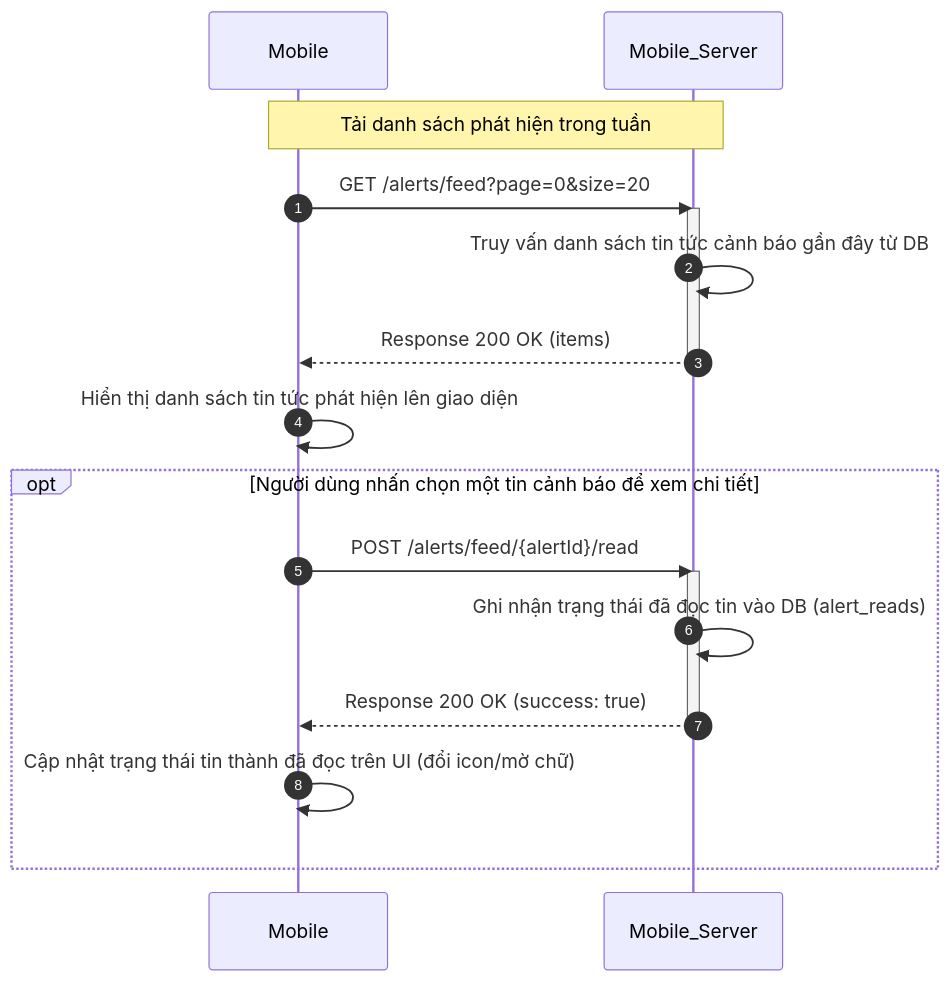
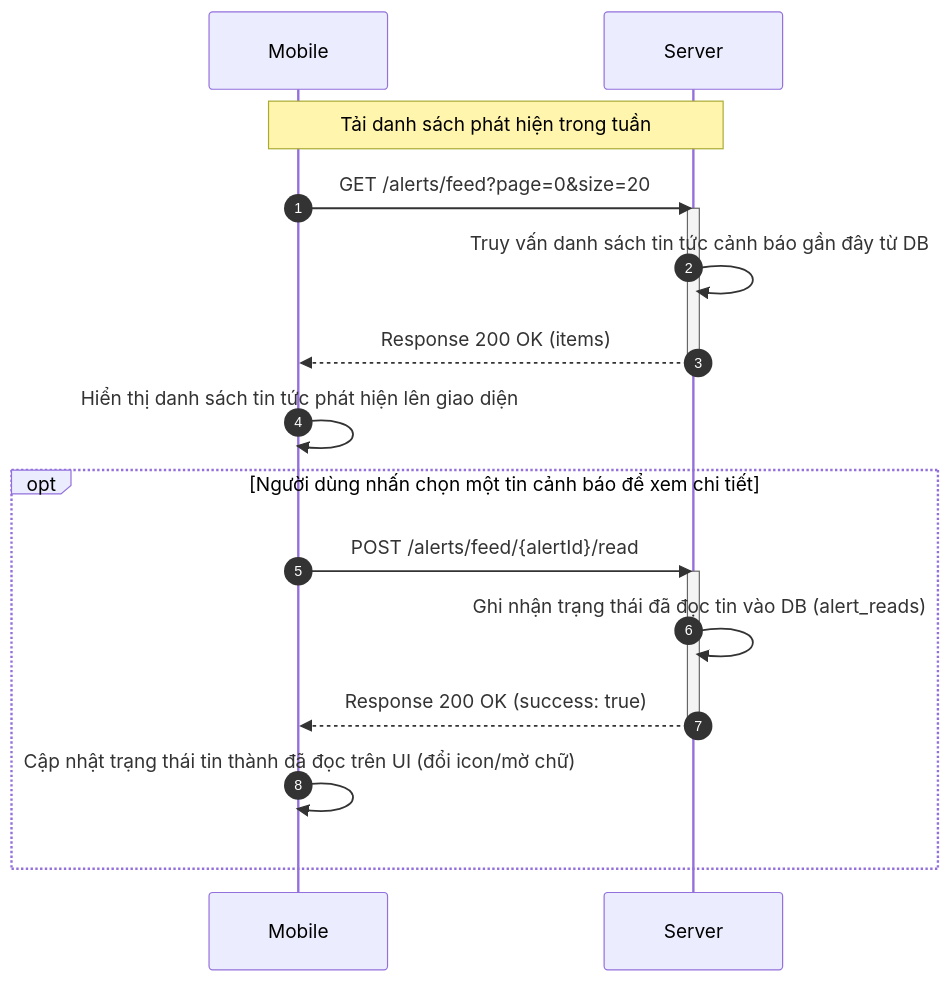
Before and after one commit to trungnguyenthien/Wildlife-Warning-and-Deterrence-System: the seventh of 18 diagrams in docs/04-sequence-diagram.md, drawn with Mermaid. The commit also changed other lines of this file, not shown here.

Commit message:
docs: update sequence diagram to reflect latest system workflow changes

````diff
--- a/docs/04-sequence-diagram.md
+++ b/docs/04-sequence-diagram.md
@@ -309,23 +309,23 @@
 ```mermaid
 sequenceDiagram
     autonumber
     participant Mobile as Mobile
-    participant Mobile_Server as Mobile_Server
+    participant Server as Server
 
-    Note over Mobile, Mobile_Server: Tải danh sách phát hiện trong tuần
-    Mobile->>Mobile_Server: GET /alerts/feed?page=0&size=20
-    activate Mobile_Server
-    Mobile_Server->>Mobile_Server: Truy vấn danh sách tin tức cảnh báo gần đây từ DB
-    Mobile_Server-->>Mobile: Response 200 OK (items)
-    deactivate Mobile_Server
+    Note over Mobile, Server: Tải danh sách phát hiện trong tuần
+    Mobile->>Server: GET /alerts/feed?page=0&size=20
+    activate Server
+    Server->>Server: Truy vấn danh sách tin tức cảnh báo gần đây từ DB
+    Server-->>Mobile: Response 200 OK (items)
+    deactivate Server
     Mobile->>Mobile: Hiển thị danh sách tin tức phát hiện lên giao diện
 
     opt Người dùng nhấn chọn một tin cảnh báo để xem chi tiết
-        Mobile->>Mobile_Server: POST /alerts/feed/{alertId}/read
-        activate Mobile_Server
-        Mobile_Server->>Mobile_Server: Ghi nhận trạng thái đã đọc tin vào DB (alert_reads)
-        Mobile_Server-->>Mobile: Response 200 OK (success: true)
-        deactivate Mobile_Server
+        Mobile->>Server: POST /alerts/feed/{alertId}/read
+        activate Server
+        Server->>Server: Ghi nhận trạng thái đã đọc tin vào DB (alert_reads)
+        Server-->>Mobile: Response 200 OK (success: true)
+        deactivate Server
         Mobile->>Mobile: Cập nhật trạng thái tin thành đã đọc trên UI (đổi icon/mờ chữ)
     end
 ```
````
